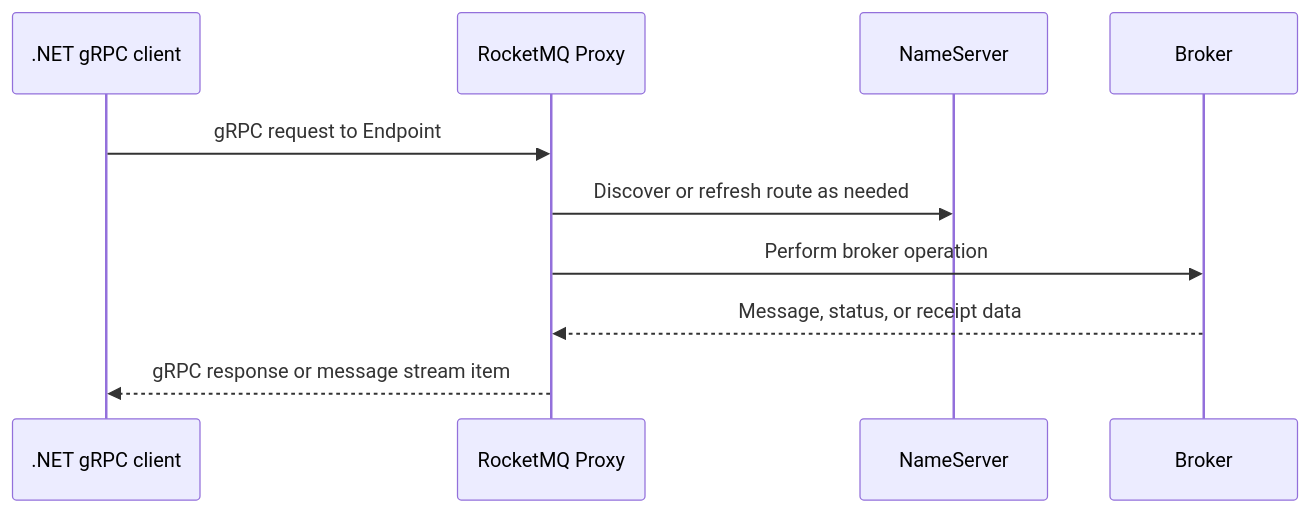
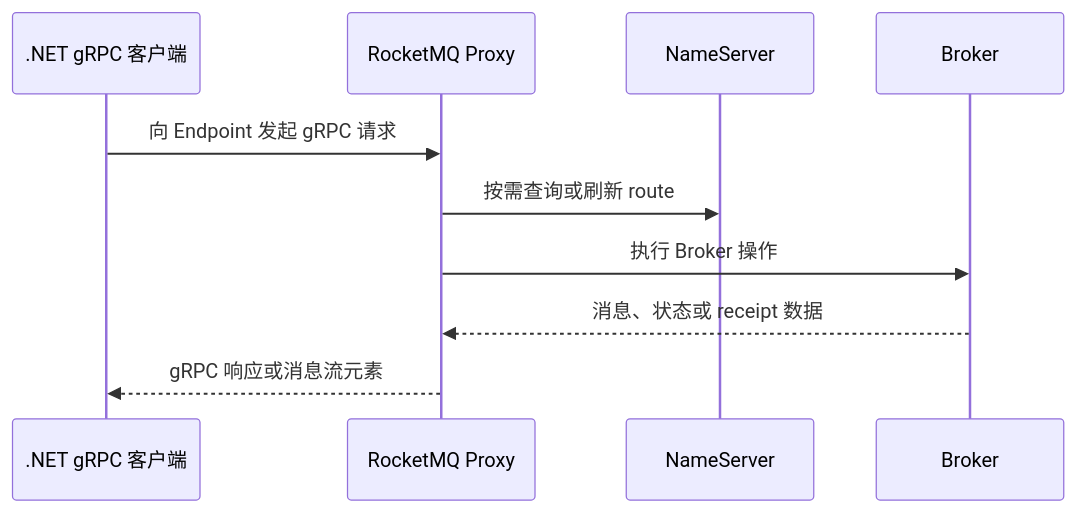
The third of 6 diagrams in docs/zh-CN/architecture/rocketmq-architecture.md (eventhorizon-cli/EventHorizon.RocketMQ), drawn with Mermaid before and after one commit. The commit also changed other lines of this file and 88 other files, not shown here.

````diff
--- a/docs/zh-CN/architecture/rocketmq-architecture.md
+++ b/docs/zh-CN/architecture/rocketmq-architecture.md
@@ -82,13 +82,13 @@
 ```mermaid
 sequenceDiagram
-    participant App as .NET gRPC client
+    participant App as .NET gRPC 客户端
     participant Proxy as RocketMQ Proxy
     participant NS as NameServer
     participant Broker as Broker
 
-    App->>Proxy: gRPC request to Endpoint
-    Proxy->>NS: Discover or refresh route as needed
-    Proxy->>Broker: Perform broker operation
-    Broker-->>Proxy: Message, status, or receipt data
-    Proxy-->>App: gRPC response or message stream item
+    App->>Proxy: 向 Endpoint 发起 gRPC 请求
+    Proxy->>NS: 按需查询或刷新 route
+    Proxy->>Broker: 执行 Broker 操作
+    Broker-->>Proxy: 消息、状态或 receipt 数据
+    Proxy-->>App: gRPC 响应或消息流元素
 ```
````
